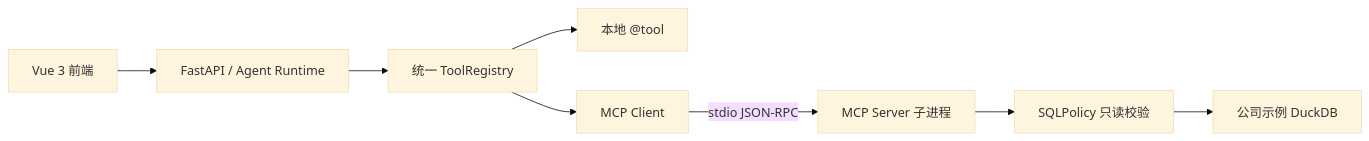
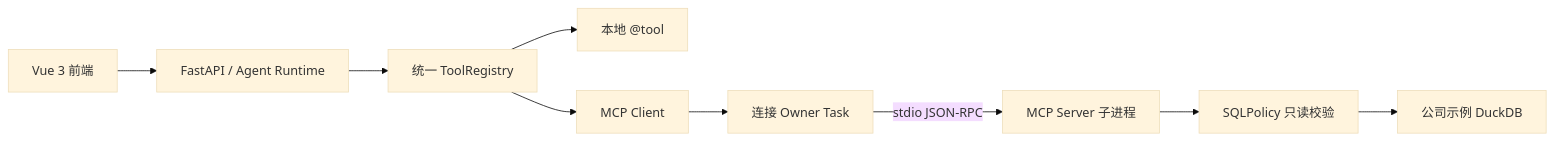
One commit to ljhzjm/DataPilot changed the diagram in docs/mcp-architecture.md. Above: the diagram before and after it, drawn with Mermaid (base theme). The commit also changed other lines of this file and 48 other files, not shown here.

````diff
--- a/docs/mcp-architecture.md
+++ b/docs/mcp-architecture.md
@@ -5,10 +5,11 @@
 ```mermaid
 flowchart LR
     UI[Vue 3 前端] --> API[FastAPI / Agent Runtime]
     API --> Registry[统一 ToolRegistry]
     Registry --> Local[本地 @tool]
     Registry --> MCPClient[MCP Client]
-    MCPClient -->|stdio JSON-RPC| MCPServer[MCP Server 子进程]
+    MCPClient --> Owner[连接 Owner Task]
+    Owner -->|stdio JSON-RPC| MCPServer[MCP Server 子进程]
     MCPServer --> Policy[SQLPolicy 只读校验]
     Policy --> DuckDB[公司示例 DuckDB]
 ```
````
